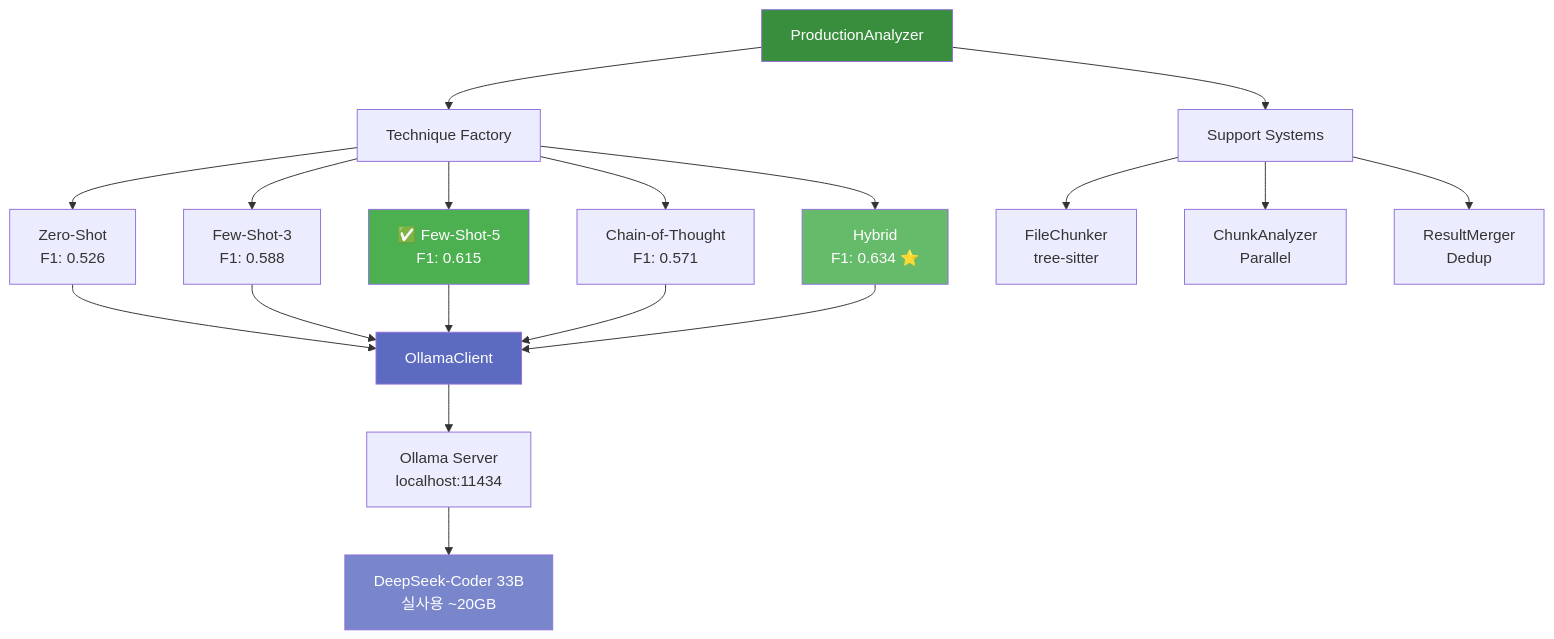
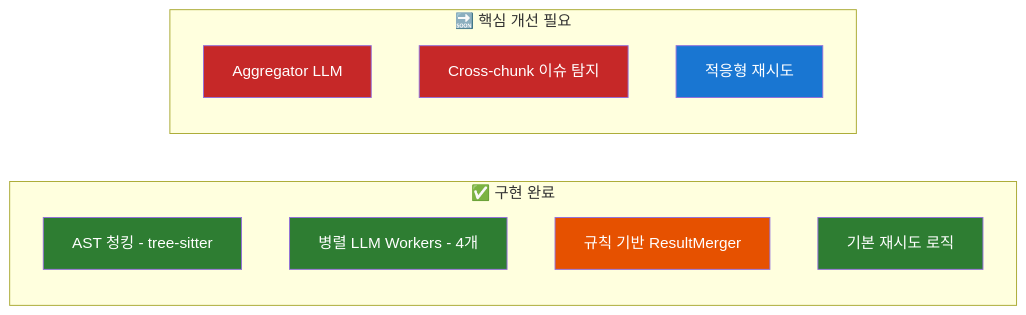
One commit to ApeachM/llm-code-reviewer changed the eighth of 32 diagrams in PRESENTATION.md. Above: the diagram before and after it, drawn with Mermaid. The commit also changed other lines of this file and 1 other file, not shown here.

First line of the commit message:
docs: Expand "CLAUDE.md" with linting and formatting guidelines, architecture updates, and technique details

````diff
--- a/PRESENTATION.md
+++ b/PRESENTATION.md
@@ -539,32 +435,23 @@
 ```mermaid
-graph TB
-    PA[ProductionAnalyzer]
+graph LR
+    subgraph "✅ 구현 완료"
+        I1[AST 청킹 - tree-sitter]
+        I2[병렬 LLM Workers - 4개]
+        I3[규칙 기반 ResultMerger]
+        I4[기본 재시도 로직]
+    end
 
-    PA --> Tech[Technique Factory]
+    subgraph "🔜 핵심 개선 필요"
+        F1[Aggregator LLM]
+        F2[Cross-chunk 이슈 탐지]
+        F3[적응형 재시도]
+    end
 
-    Tech --> ZS[Zero-Shot<br/>F1: 0.526]
-    Tech --> FS3[Few-Shot-3<br/>F1: 0.588]
-    Tech --> FS5[✅ Few-Shot-5<br/>F1: 0.615]
-    Tech --> CoT[Chain-of-Thought<br/>F1: 0.571]
-    Tech --> Hybrid[Hybrid<br/>F1: 0.634 ⭐]
-
-    ZS --> Client[OllamaClient]
-    FS3 --> Client
-    FS5 --> Client
-    CoT --> Client
-    Hybrid --> Client
-
-    Client --> Ollama[Ollama Server<br/>localhost:11434]
-    Ollama --> LLM[DeepSeek-Coder 33B<br/>실사용 ~20GB]
-
-    PA --> Support[Support Systems]
-    Support --> Chunker[FileChunker<br/>tree-sitter]
-    Support --> Analyzer[ChunkAnalyzer<br/>Parallel]
-    Support --> Merger[ResultMerger<br/>Dedup]
-
-    style PA fill:#388e3c,color:#fff
-    style FS5 fill:#4caf50,color:#fff
-    style Hybrid fill:#66bb6a,color:#fff
-    style Client fill:#5c6bc0,color:#fff
-    style LLM fill:#7986cb,color:#fff
+    style I1 fill:#2e7d32,color:#fff
+    style I2 fill:#2e7d32,color:#fff
+    style I3 fill:#e65100,color:#fff
+    style I4 fill:#2e7d32,color:#fff
+    style F1 fill:#c62828,color:#fff
+    style F2 fill:#c62828,color:#fff
+    style F3 fill:#1976d2,color:#fff
 ```
````
